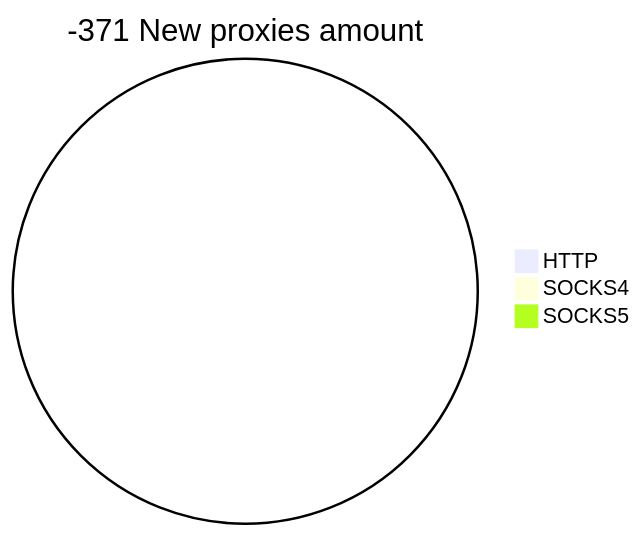
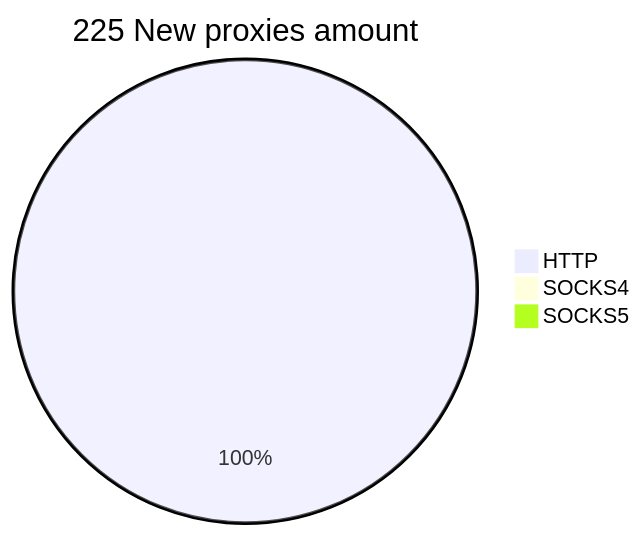
Before and after one commit to cutipu/proxylist: the second of 2 diagrams in README.md, drawn with Mermaid. The commit also changed other lines of this file, not shown here.

````diff
--- a/README.md
+++ b/README.md
@@ -10,6 +10,6 @@
 ```mermaid
-pie title -371 New proxies amount
-    "HTTP" : 0
+pie title 225 New proxies amount
+    "HTTP" : 225
     "SOCKS4" : 0
     "SOCKS5" : 0
 ```
````
